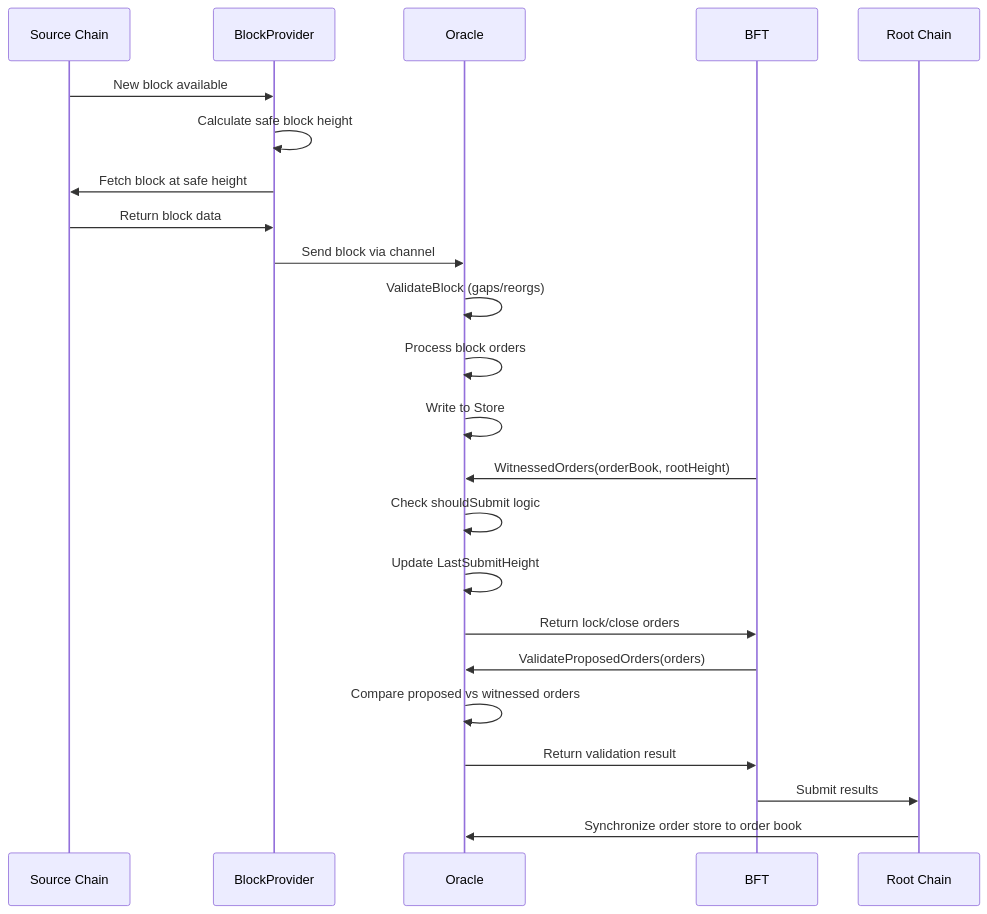
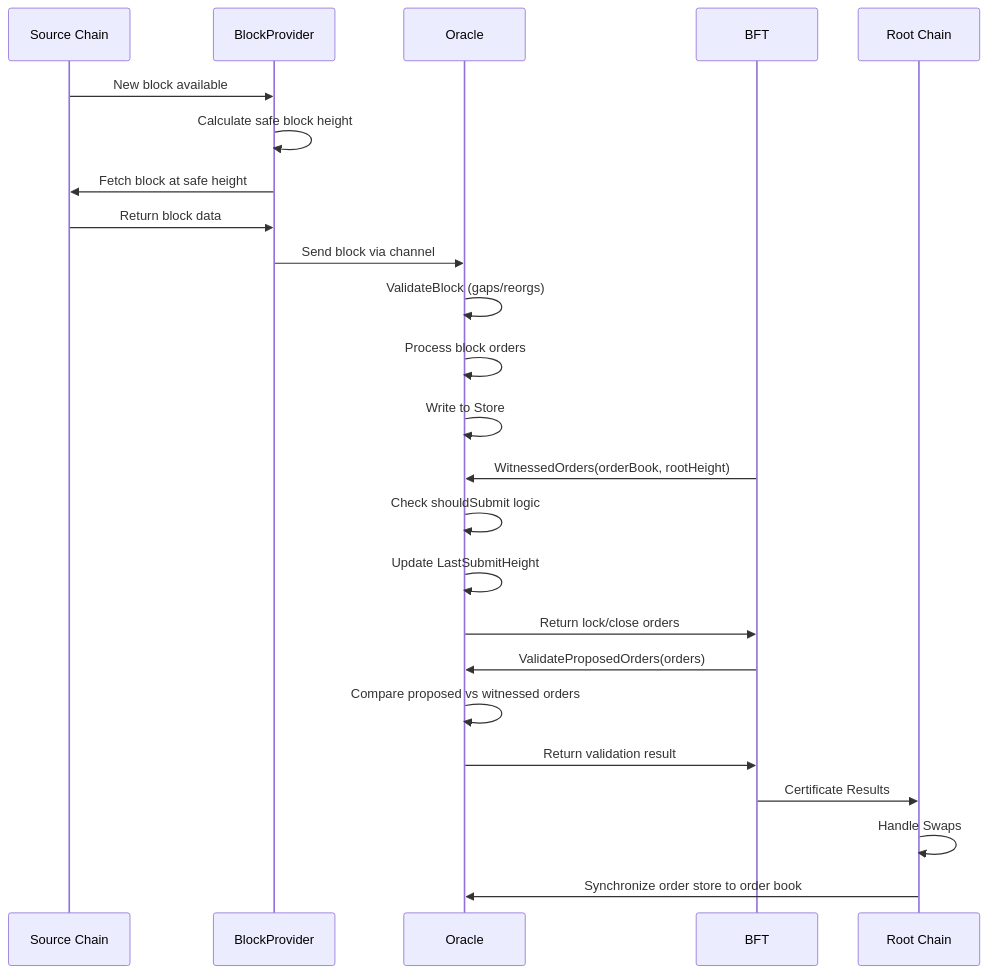
Before and after one commit to canopy-network/canopy: the diagram in cmd/rpc/oracle/ORACLE_FLOW.md, drawn with Mermaid.

````diff
--- a/cmd/rpc/oracle/ORACLE_FLOW.md
+++ b/cmd/rpc/oracle/ORACLE_FLOW.md
@@ -9,35 +9,36 @@
 ```mermaid
 sequenceDiagram
     participant SC as Source Chain
     participant BP as BlockProvider
     participant O as Oracle
     participant BFT as BFT
     participant RC as Root Chain
 
     %% Block retrieval and processing
     SC->>BP: New block available
     BP->>BP: Calculate safe block height
     BP->>SC: Fetch block at safe height
     SC->>BP: Return block data
     BP->>O: Send block via channel
     
     %% Oracle block processing
     O->>O: ValidateBlock (gaps/reorgs)
     O->>O: Process block orders
     O->>O: Write to Store
     
     %% BFT consensus integration
     BFT->>O: WitnessedOrders(orderBook, rootHeight)
     O->>O: Check shouldSubmit logic
     O->>O: Update LastSubmitHeight
     O->>BFT: Return lock/close orders
     
     %% Block proposal validation
     BFT->>O: ValidateProposedOrders(orders)
     O->>O: Compare proposed vs witnessed orders
     O->>BFT: Return validation result
     
     %% Root Chain interaction
-    BFT->>RC: Submit results
+    BFT->>RC: Certificate Results
+    RC->>RC: Handle Swaps
     RC->>O: Synchronize order store to order book
 ```
````
